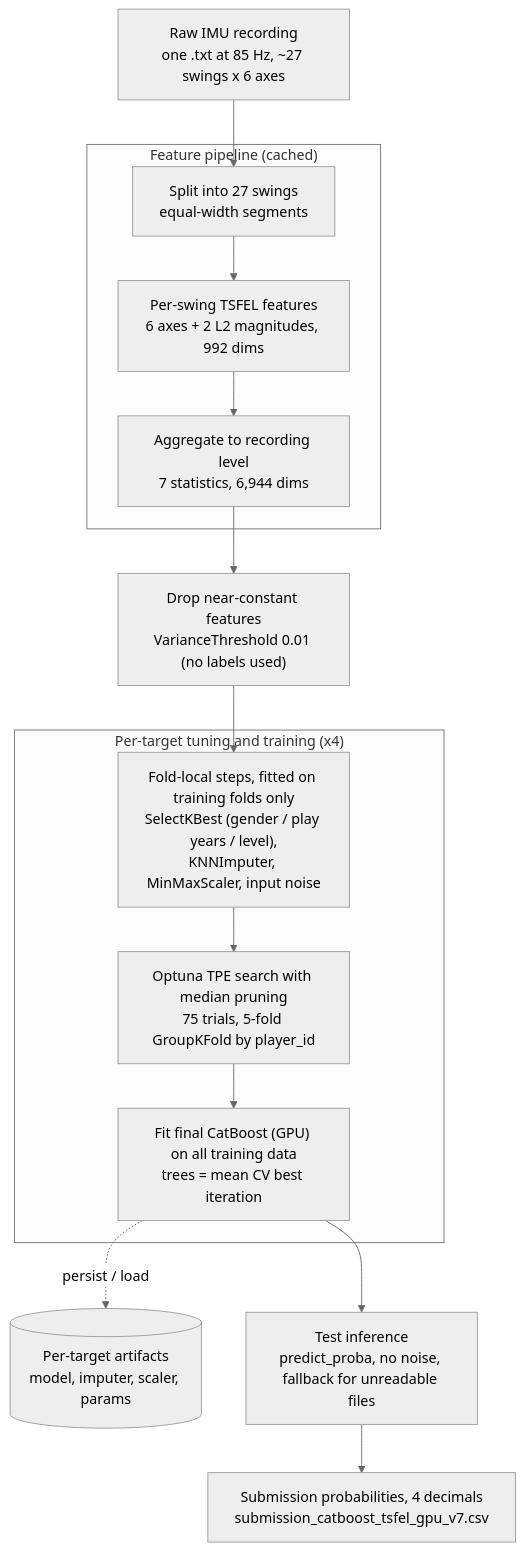
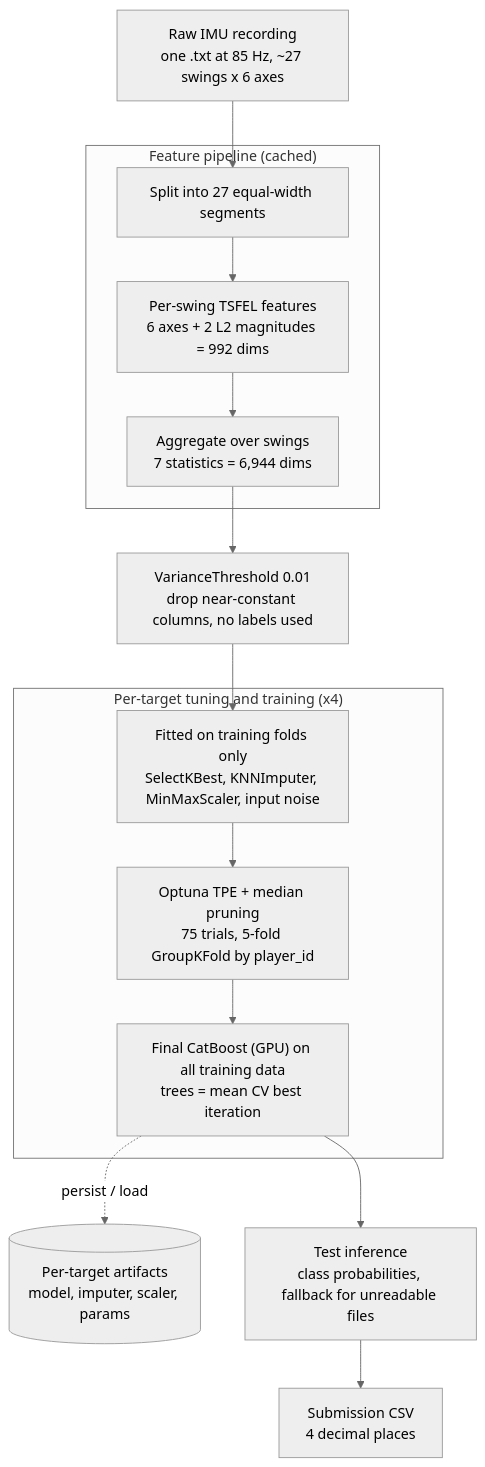
The diagram in README.md (Guancheng1206/aicup2025Spring_Tabletennis), drawn with Mermaid (neutral theme) before and after one commit. The commit also changed other lines of this file, not shown here.

````diff
--- a/README.md
+++ b/README.md
@@ -20,26 +65,26 @@
 ```mermaid
 flowchart TD
     RAW["Raw IMU recording<br/>one .txt at 85 Hz, ~27 swings x 6 axes"]
 
     subgraph FEAT["Feature pipeline (cached)"]
-        SEG["Split into 27 swings<br/>equal-width segments"]
-        TS["Per-swing TSFEL features<br/>6 axes + 2 L2 magnitudes, 992 dims"]
-        AGG["Aggregate to recording level<br/>7 statistics, 6,944 dims"]
+        SEG["Split into 27 equal-width segments"]
+        TS["Per-swing TSFEL features<br/>6 axes + 2 L2 magnitudes = 992 dims"]
+        AGG["Aggregate over swings<br/>7 statistics = 6,944 dims"]
         SEG --> TS --> AGG
     end
 
-    VT["Drop near-constant features<br/>VarianceThreshold 0.01 (no labels used)"]
+    VT["VarianceThreshold 0.01<br/>drop near-constant columns, no labels used"]
 
     subgraph TRAIN["Per-target tuning and training (x4)"]
-        PRE["Fold-local steps, fitted on training folds only<br/>SelectKBest (gender / play years / level),<br/>KNNImputer, MinMaxScaler, input noise"]
-        OPT["Optuna TPE search with median pruning<br/>75 trials, 5-fold GroupKFold by player_id"]
-        FIT["Fit final CatBoost (GPU) on all training data<br/>trees = mean CV best iteration"]
+        PRE["Fitted on training folds only<br/>SelectKBest, KNNImputer, MinMaxScaler, input noise"]
+        OPT["Optuna TPE + median pruning<br/>75 trials, 5-fold GroupKFold by player_id"]
+        FIT["Final CatBoost (GPU) on all training data<br/>trees = mean CV best iteration"]
         PRE --> OPT --> FIT
     end
 
     RAW --> SEG
     AGG --> VT --> PRE
     FIT -. persist / load .-> ART[("Per-target artifacts<br/>model, imputer, scaler, params")]
-    FIT --> INF["Test inference<br/>predict_proba, no noise, fallback for unreadable files"]
-    INF --> SUB["Submission probabilities, 4 decimals<br/>submission_catboost_tsfel_gpu_v7.csv"]
+    FIT --> INF["Test inference<br/>class probabilities, fallback for unreadable files"]
+    INF --> SUB["Submission CSV<br/>4 decimal places"]
 ```
````
